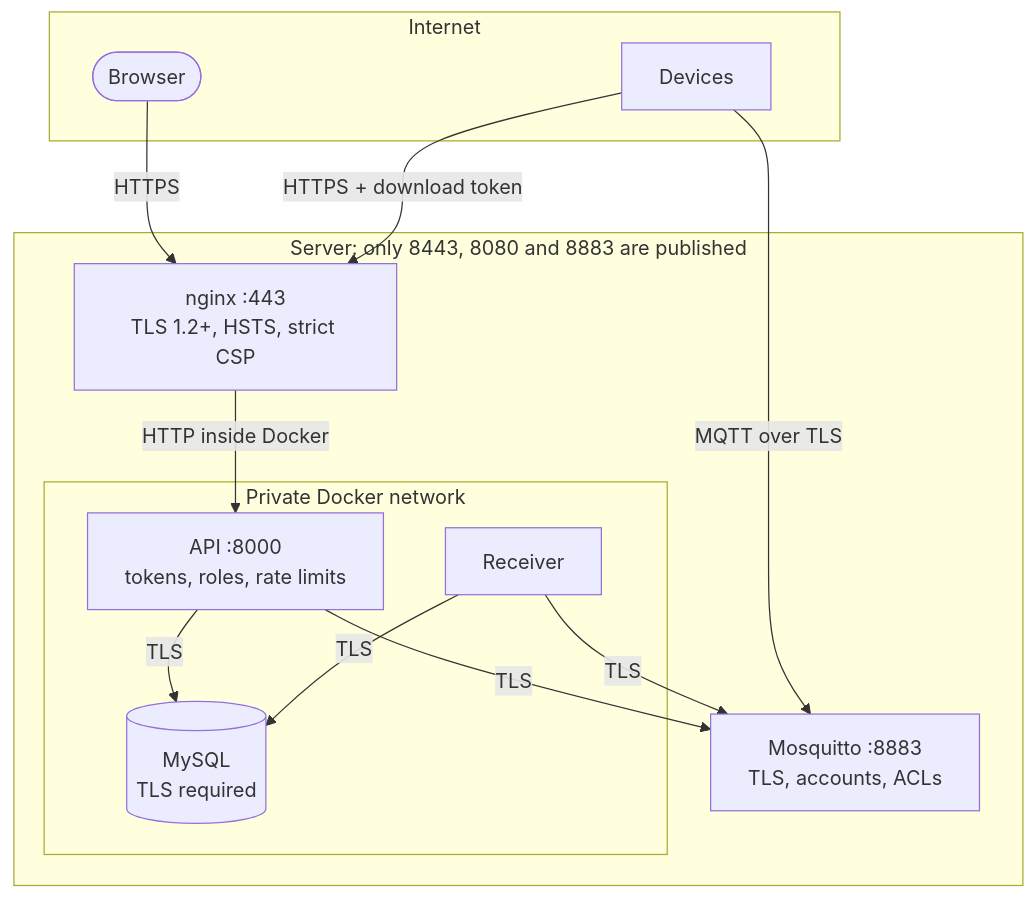
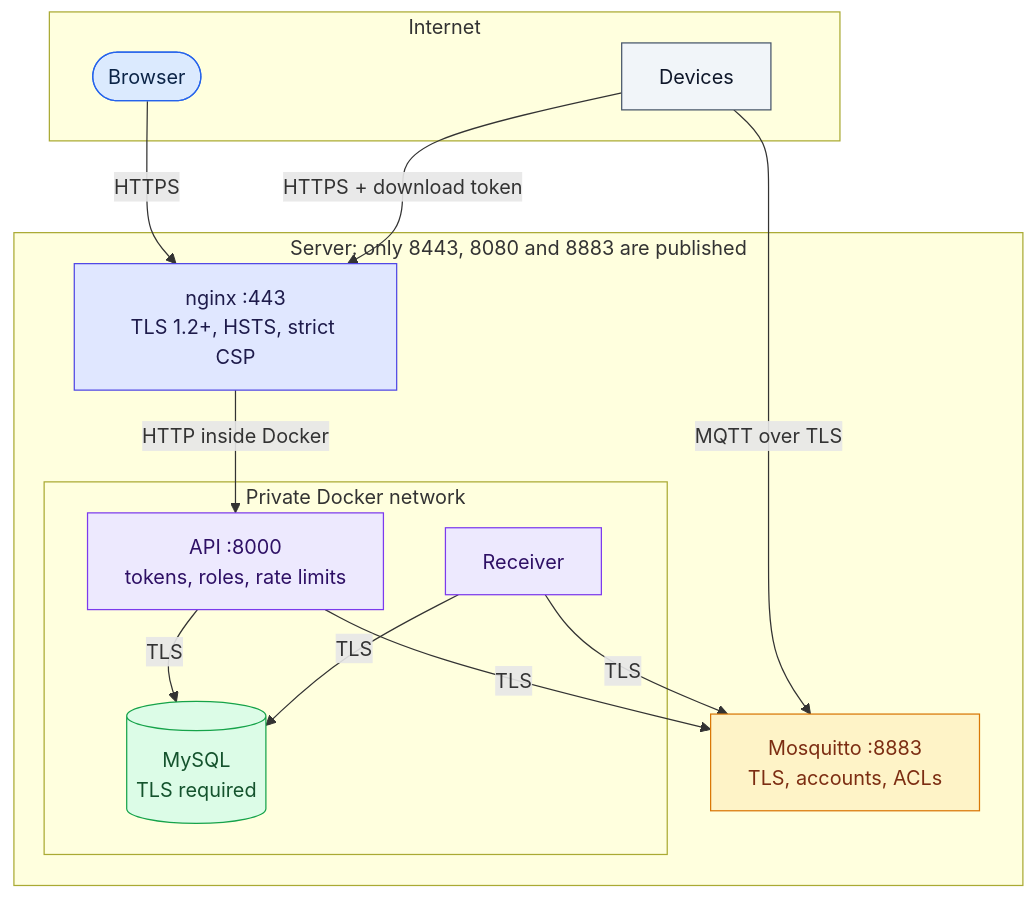
Before and after one commit to Arshaduzzaman3620/smart-iot-qa-platform: the fourth of 5 diagrams in docs/architecture/architecture.md, drawn with Mermaid. The commit also changed other lines of this file and 1 other file, not shown here.

First line of the commit message:
docs: professional, recruiter-friendly README and styled architecture diagrams

````diff
--- a/docs/architecture/architecture.md
+++ b/docs/architecture/architecture.md
@@ -122,26 +137,39 @@
 ```mermaid
 flowchart TB
     subgraph Internet
         U(["Browser"])
         S["Devices"]
     end
 
     subgraph Host["Server: only 8443, 8080 and 8883 are published"]
         N["nginx :443<br/>TLS 1.2+, HSTS, strict CSP"]
         B["Mosquitto :8883<br/>TLS, accounts, ACLs"]
         subgraph Internal["Private Docker network"]
             API["API :8000<br/>tokens, roles, rate limits"]
             R["Receiver"]
             DB[("MySQL<br/>TLS required")]
         end
     end
 
     U -- HTTPS --> N
     S -- "MQTT over TLS" --> B
     S -- "HTTPS + download token" --> N
     N -- "HTTP inside Docker" --> API
     API -- TLS --> DB
     R -- TLS --> DB
     API -- TLS --> B
     R -- TLS --> B
+
+    classDef person fill:#dbeafe,stroke:#2563eb,stroke-width:1px,color:#0b2447;
+    classDef device fill:#f1f5f9,stroke:#475569,stroke-width:1px,color:#0f172a;
+    classDef edge fill:#e0e7ff,stroke:#4f46e5,stroke-width:1px,color:#1e1b4b;
+    classDef service fill:#ede9fe,stroke:#7c3aed,stroke-width:1px,color:#2e1065;
+    classDef broker fill:#fef3c7,stroke:#d97706,stroke-width:1px,color:#7c2d12;
+    classDef store fill:#dcfce7,stroke:#16a34a,stroke-width:1px,color:#14532d;
+    class U person;
+    class S device;
+    class N edge;
+    class B broker;
+    class API,R service;
+    class DB store;
 ```
````
